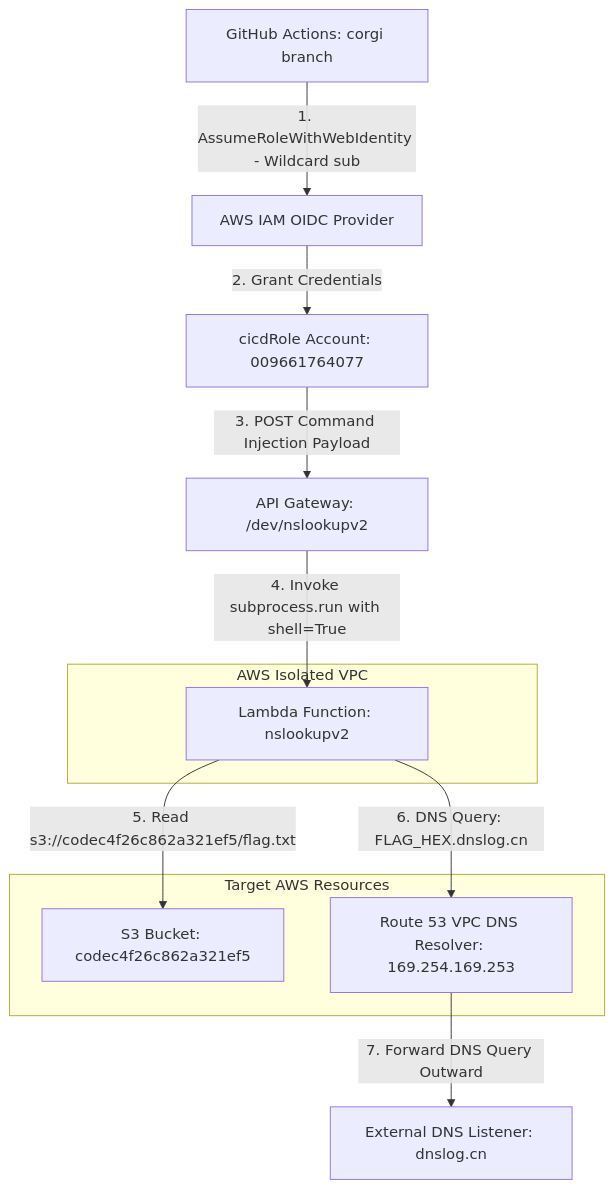
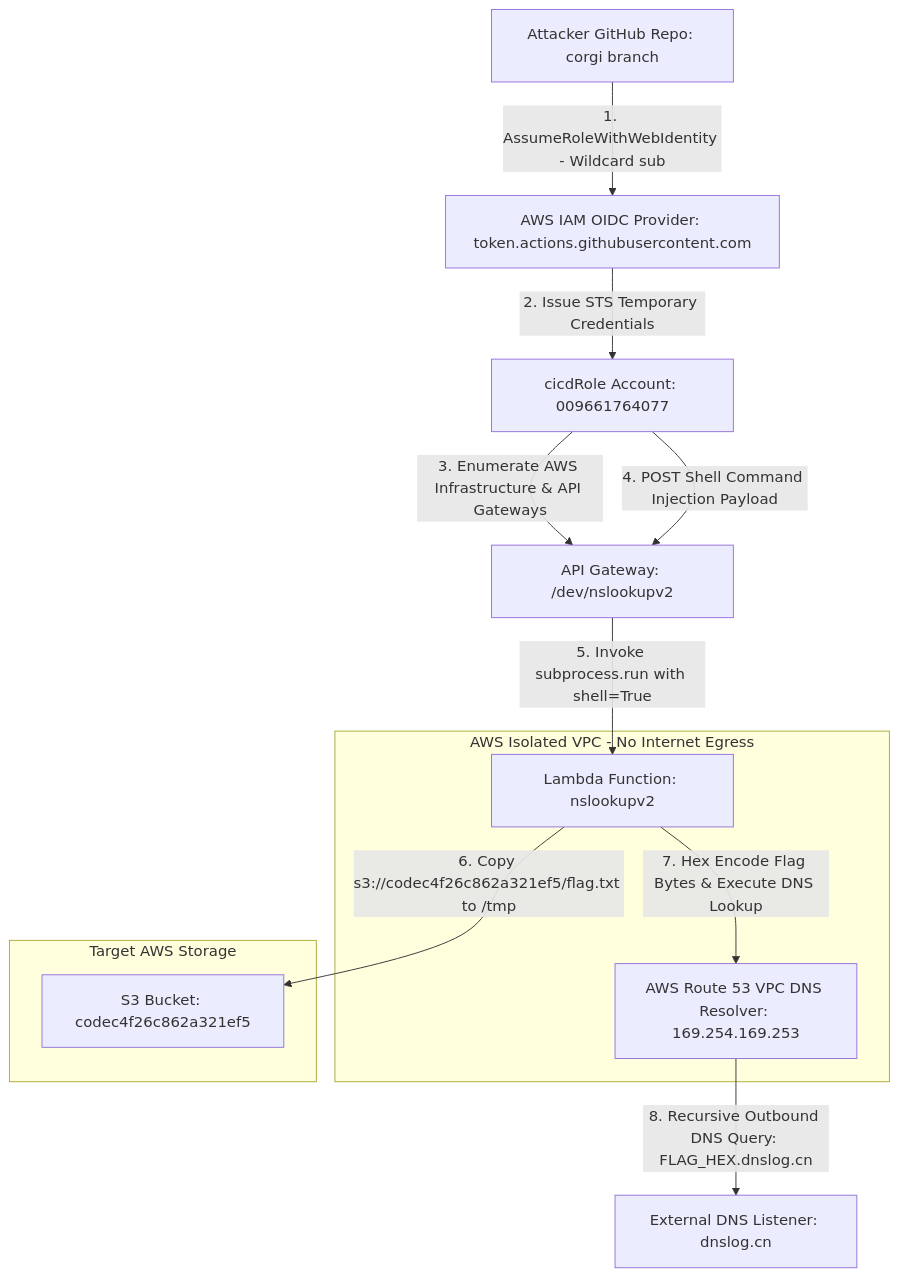
Before and after one commit to FREECANDY-DEV/MAFAT-2026: the first of 2 diagrams in cloud-escape/Stage_1_Have_Some_Faith.md, drawn with Mermaid. The commit also changed other lines of this file, not shown here.

Commit message:
Update Stage 1 writeup with ultra-detailed OIDC analysis, GitHub Actions YAML, command injection, and Route 53 DNS tunneling breakdown

````diff
--- a/cloud-escape/Stage_1_Have_Some_Faith.md
+++ b/cloud-escape/Stage_1_Have_Some_Faith.md
@@ -65,26 +69,27 @@
 ```mermaid
 graph TD
-    A["GitHub Actions: corgi branch"]
-    B["AWS IAM OIDC Provider"]
+    A["Attacker GitHub Repo: corgi branch"]
+    B["AWS IAM OIDC Provider: token.actions.githubusercontent.com"]
     C["cicdRole Account: 009661764077"]
     D["API Gateway: /dev/nslookupv2"]
 
-    subgraph VPC ["AWS Isolated VPC"]
+    subgraph VPC ["AWS Isolated VPC - No Internet Egress"]
         E["Lambda Function: nslookupv2"]
+        F["AWS Route 53 VPC DNS Resolver: 169.254.169.253"]
     end
 
-    subgraph AWS_Resources ["Target AWS Resources"]
-        F["S3 Bucket: codec4f26c862a321ef5"]
-        G["Route 53 VPC DNS Resolver: 169.254.169.253"]
+    subgraph AWS_Resources ["Target AWS Storage"]
+        G["S3 Bucket: codec4f26c862a321ef5"]
     end
 
     H["External DNS Listener: dnslog.cn"]
 
     A -->|1. AssumeRoleWithWebIdentity - Wildcard sub| B
-    B -->|2. Grant Credentials| C
-    C -->|3. POST Command Injection Payload| D
-    D -->|4. Invoke subprocess.run with shell=True| E
-    E -->|5. Read s3://codec4f26c862a321ef5/flag.txt| F
-    E -->|6. DNS Query: FLAG_HEX.dnslog.cn| G
-    G -->|7. Forward DNS Query Outward| H
+    B -->|2. Issue STS Temporary Credentials| C
+    C -->|3. Enumerate AWS Infrastructure & API Gateways| D
+    C -->|4. POST Shell Command Injection Payload| D
+    D -->|5. Invoke subprocess.run with shell=True| E
+    E -->|6. Copy s3://codec4f26c862a321ef5/flag.txt to /tmp| G
+    E -->|7. Hex Encode Flag Bytes & Execute DNS Lookup| F
+    F -->|8. Recursive Outbound DNS Query: FLAG_HEX.dnslog.cn| H
 ```
````
